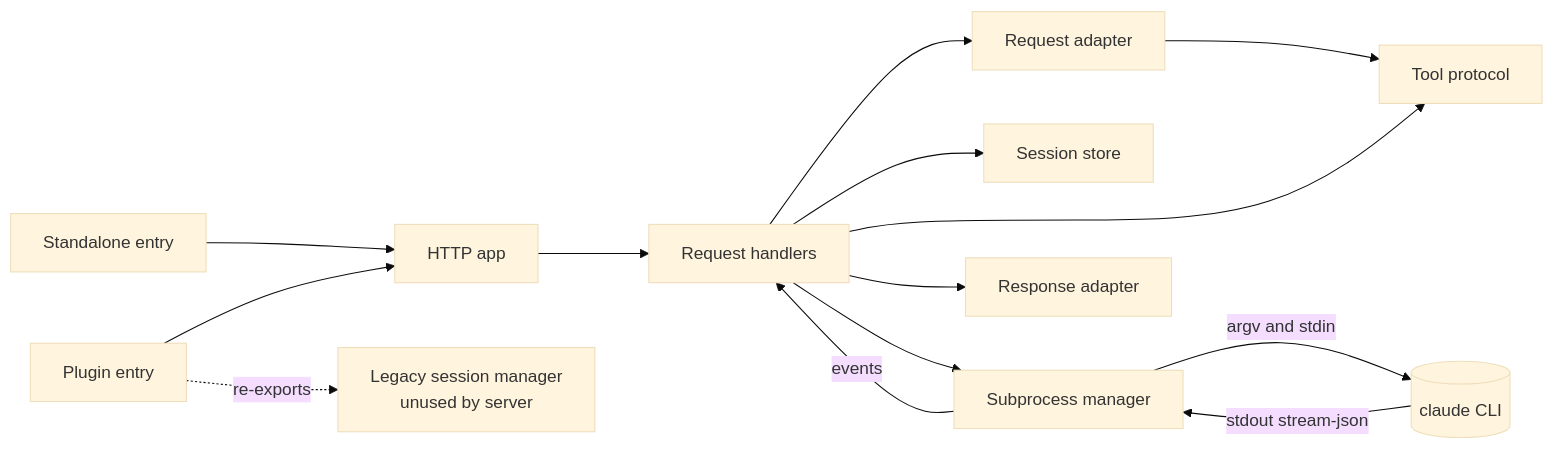
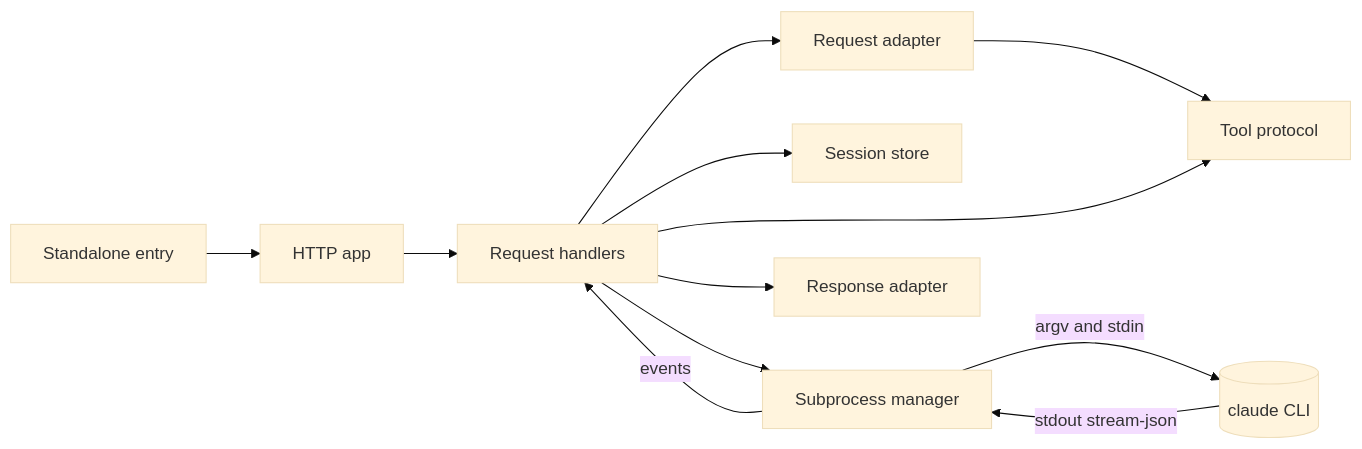
The diagram in docs/ARCHITECTURE.md (jameshskoh/claude-max-api-proxy), drawn with Mermaid (base theme) before and after one commit. The commit also changed other lines of this file and 9 other files, not shown here.

````diff
--- a/docs/ARCHITECTURE.md
+++ b/docs/ARCHITECTURE.md
@@ -126,16 +120,14 @@
 ```mermaid
 flowchart LR
   SA[Standalone entry] --> APP[HTTP app]
-  PI[Plugin entry] --> APP
   APP --> RH[Request handlers]
   RH --> RQ[Request adapter]
   RQ --> TP[Tool protocol]
   RH --> TP
   RH --> SS[Session store]
   RH --> SP[Subprocess manager]
   SP -->|argv and stdin| CLI[(claude CLI)]
   CLI -->|stdout stream-json| SP
   SP -->|events| RH
   RH --> RS[Response adapter]
-  PI -.->|re-exports| LEG[Legacy session manager<br/>unused by server]
 ```
````
